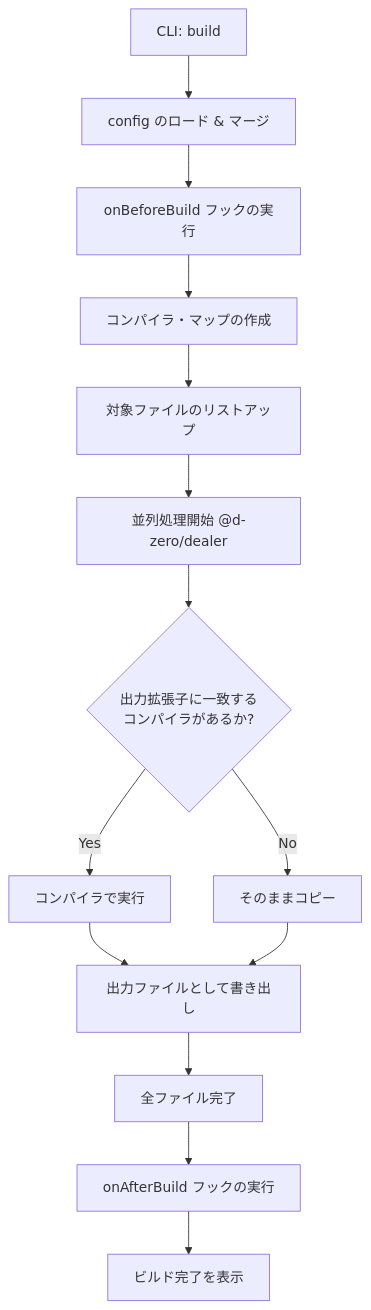
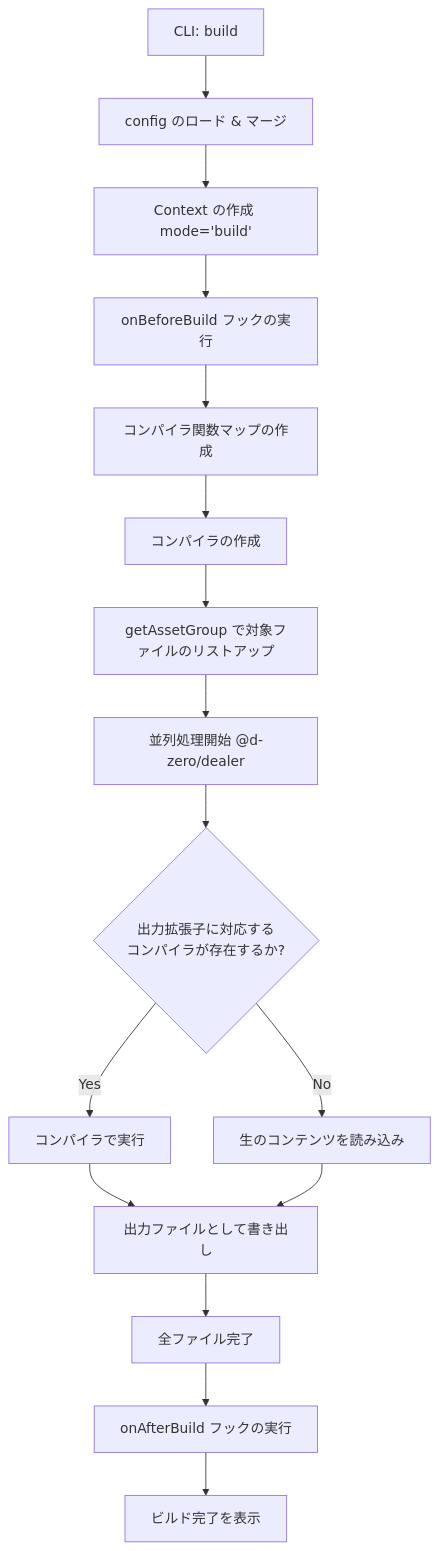
One commit to d-zero-dev/kamado changed the first of 2 diagrams in packages/kamado/ARCHITECTURE.ja.md. Above: the diagram before and after it, drawn with Mermaid. The commit also changed other lines of this file and 1 other file, not shown here.

First line of the commit message:
docs(kamado): update flow diagrams and add pageList hook documentation

````diff
--- a/packages/kamado/ARCHITECTURE.ja.md
+++ b/packages/kamado/ARCHITECTURE.ja.md
@@ -173,16 +173,18 @@
 ```mermaid
 graph TD
     A[CLI: build] --> B[config のロード & マージ]
-    B --> C[onBeforeBuild フックの実行]
-    C --> D[コンパイラ・マップの作成]
-    D --> E[対象ファイルのリストアップ]
+    B --> B2[Context の作成 mode='build']
+    B2 --> C[onBeforeBuild フックの実行]
+    C --> D[コンパイラ関数マップの作成]
+    D --> D2[コンパイラの作成]
+    D2 --> E[getAssetGroup で対象ファイルのリストアップ]
     E --> F[並列処理開始 @d-zero/dealer]
-    F --> G{出力拡張子に一致する<br>コンパイラがあるか?}
+    F --> G{出力拡張子に対応する<br>コンパイラが存在するか?}
     G -- Yes --> H[コンパイラで実行]
-    G -- No --> I[そのままコピー]
+    G -- No --> I[生のコンテンツを読み込み]
     H --> J[出力ファイルとして書き出し]
     I --> J
     J --> K[全ファイル完了]
     K --> L[onAfterBuild フックの実行]
     L --> M[ビルド完了を表示]
 ```
````
